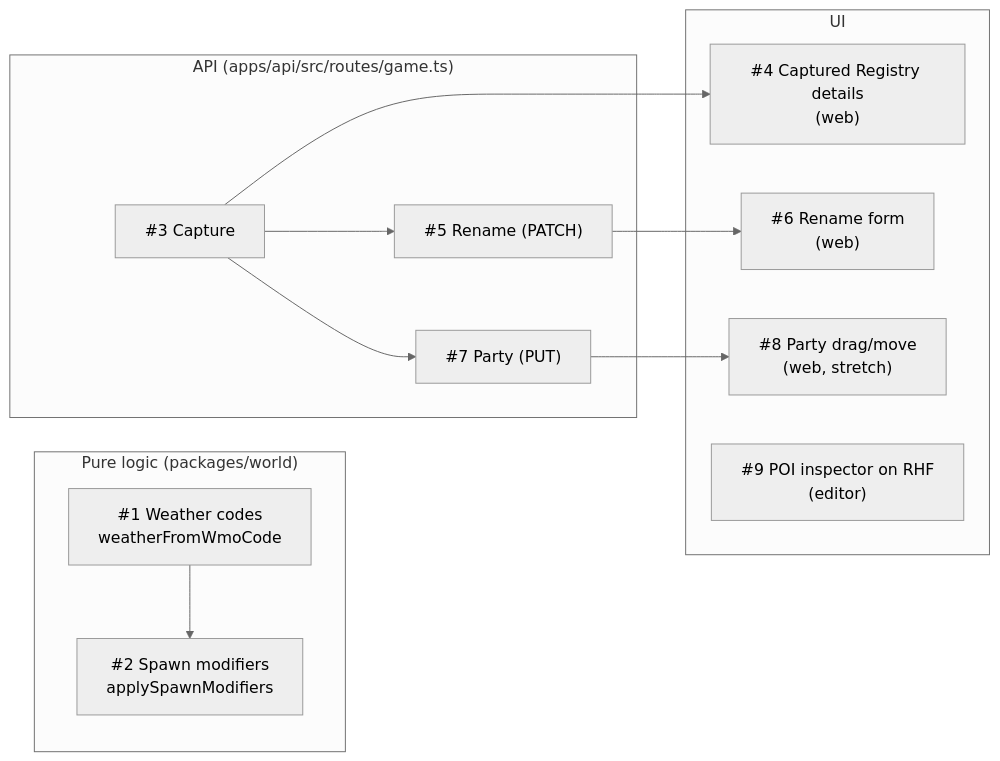
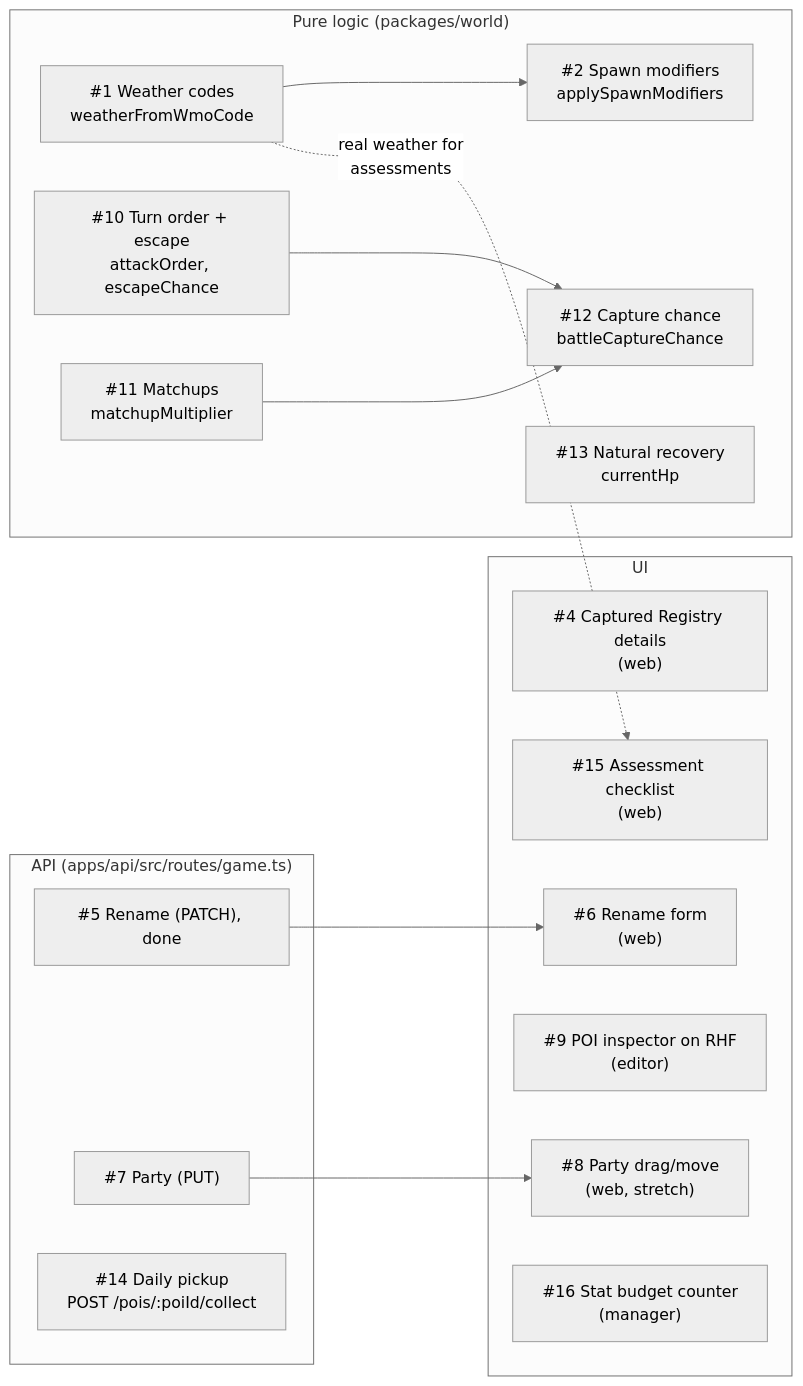
The first of 2 diagrams in docs/12-exercises-and-roadmap.md (samceracas/wildbound), drawn with Mermaid (neutral theme) before and after one commit. The commit also changed other lines of this file and 7 other files, not shown here.

````diff
--- a/docs/12-exercises-and-roadmap.md
+++ b/docs/12-exercises-and-roadmap.md
@@ -18,22 +39,30 @@
 ```mermaid
 flowchart LR
     subgraph pure["Pure logic (packages/world)"]
         e1["#1 Weather codes<br/>weatherFromWmoCode"]
         e2["#2 Spawn modifiers<br/>applySpawnModifiers"]
+        e10["#10 Turn order + escape<br/>attackOrder, escapeChance"]
+        e11["#11 Matchups<br/>matchupMultiplier"]
+        e12["#12 Capture chance<br/>battleCaptureChance"]
+        e13["#13 Natural recovery<br/>currentHp"]
     end
     subgraph api["API (apps/api/src/routes/game.ts)"]
-        e3["#3 Capture"]
-        e5["#5 Rename (PATCH)"]
+        e5["#5 Rename (PATCH), done"]
         e7["#7 Party (PUT)"]
+        e14["#14 Daily pickup<br/>POST /pois/:poiId/collect"]
     end
     subgraph ui["UI"]
         e4["#4 Captured Registry details<br/>(web)"]
         e6["#6 Rename form<br/>(web)"]
         e8["#8 Party drag/move<br/>(web, stretch)"]
         e9["#9 POI inspector on RHF<br/>(editor)"]
+        e15["#15 Assessment checklist<br/>(web)"]
+        e16["#16 Stat budget counter<br/>(manager)"]
     end
     e1 --> e2
-    e3 --> e4
-    e3 --> e5 --> e6
-    e3 --> e7 --> e8
+    e1 -. "real weather for<br/>assessments" .-> e15
+    e5 --> e6
+    e7 --> e8
+    e10 --> e12
+    e11 --> e12
 ```
````
